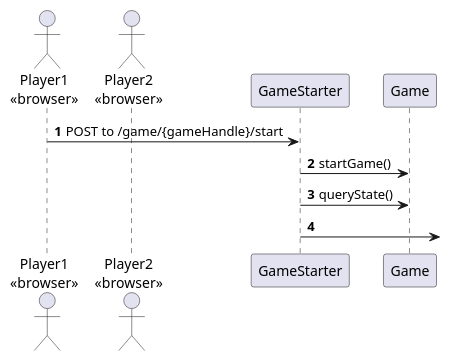
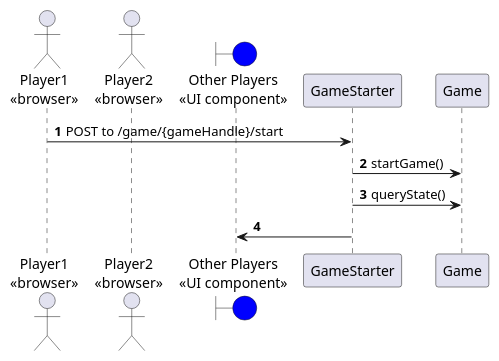
Before and after one commit to jitterted/tdd-game: the diagram in src/main/java/dev/ted/tddgame/adapter/out/websocket/start-game-sequence.puml, drawn with PlantUML. The commit also changed 1 other file, not shown here.

Commit message:
Added game board, player, etc., layout and turned the waiting screen into a modal

```diff
--- a/src/main/java/dev/ted/tddgame/adapter/out/websocket/start-game-sequence.puml
+++ b/src/main/java/dev/ted/tddgame/adapter/out/websocket/start-game-sequence.puml
@@ -1,13 +1,14 @@
 @startuml
 
 autonumber
 
 actor "Player1\n<<browser>>" as Player1
 actor "Player2\n<<browser>>" as Player2
+boundary "Other Players\n<<UI component>>" as OtherPlayers #blue
 
 Player1 -> GameStarter: POST to /game/{gameHandle}/start
 GameStarter -> Game: startGame()
 GameStarter -> Game: queryState()
-GameStarter ->
+GameStarter -> OtherPlayers
 
 @enduml
```
